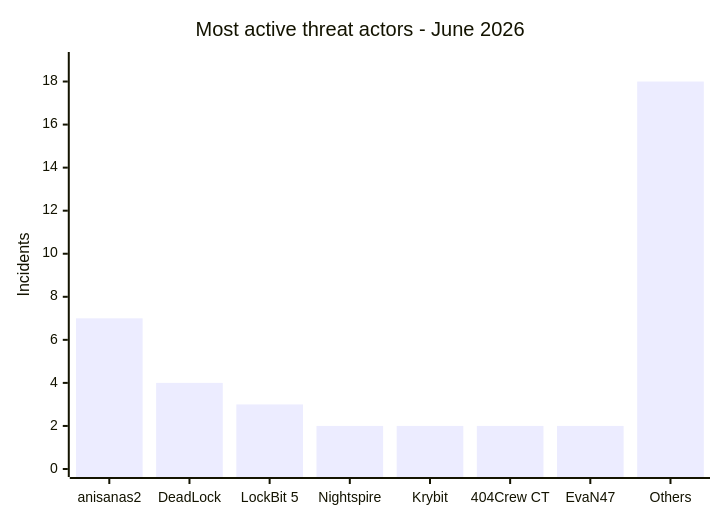
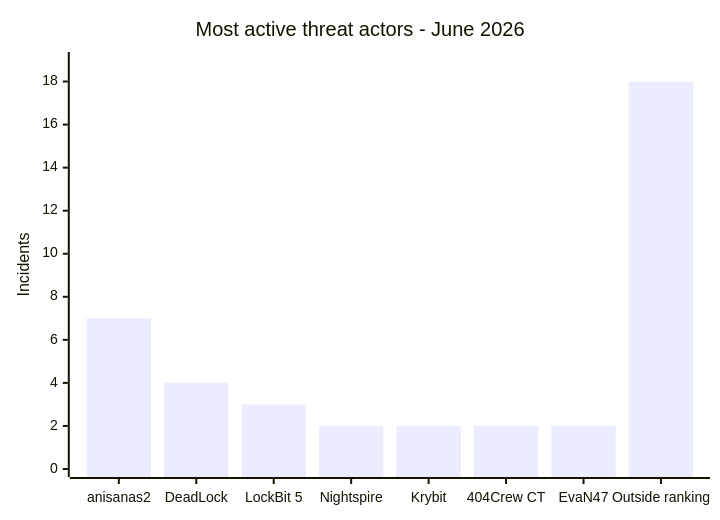
One commit to Hatchepsoute/AFRINTEL changed the seventh of 7 diagrams in statistics/2026/06-june/README.md. Above: the diagram before and after it, drawn with Mermaid. The commit also changed other lines of this file and 39 other files, not shown here.

````diff
--- a/statistics/2026/06-june/README.md
+++ b/statistics/2026/06-june/README.md
@@ -229,7 +237,7 @@
 ```mermaid
 xychart-beta
     title "Most active threat actors - June 2026"
-    x-axis ["anisanas2","DeadLock","LockBit 5","Nightspire","Krybit","404Crew CT","EvaN47","Others"]
+    x-axis ["anisanas2","DeadLock","LockBit 5","Nightspire","Krybit","404Crew CT","EvaN47","Outside ranking"]
     y-axis "Incidents" 0 --> 19
     bar [7,4,3,2,2,2,2,18]
 ```
````
